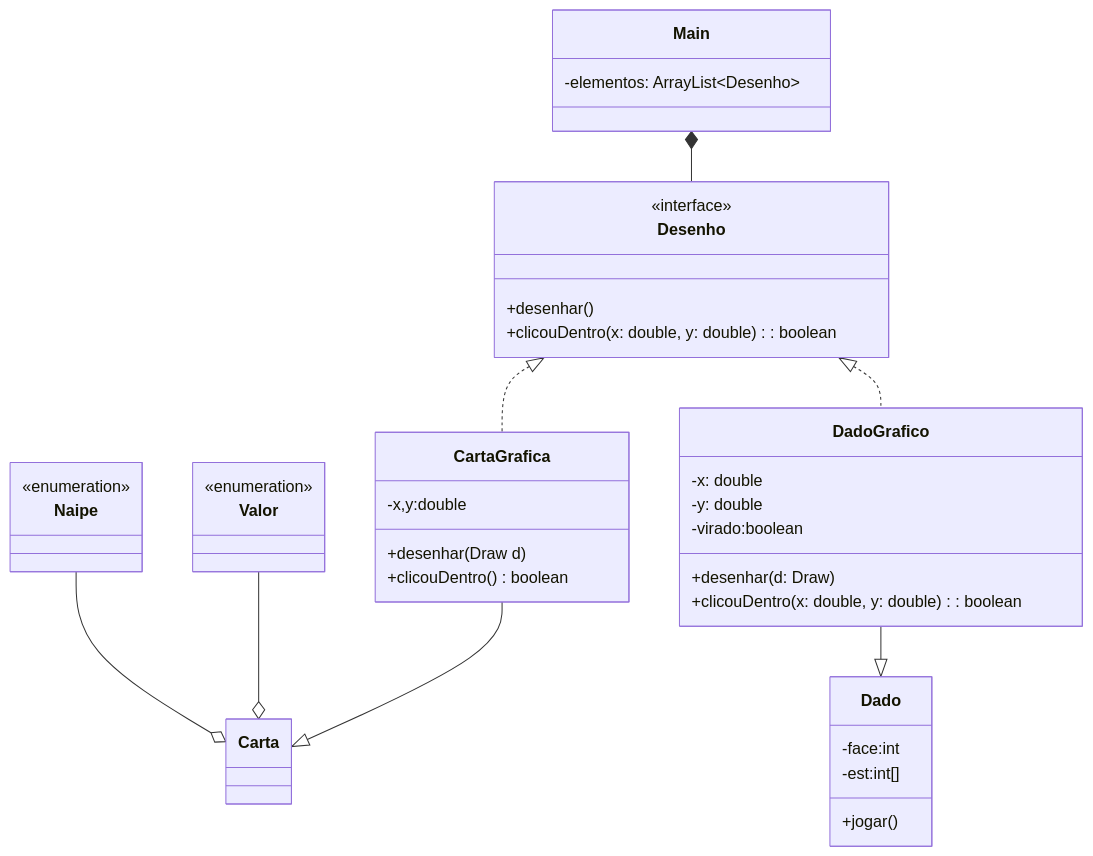
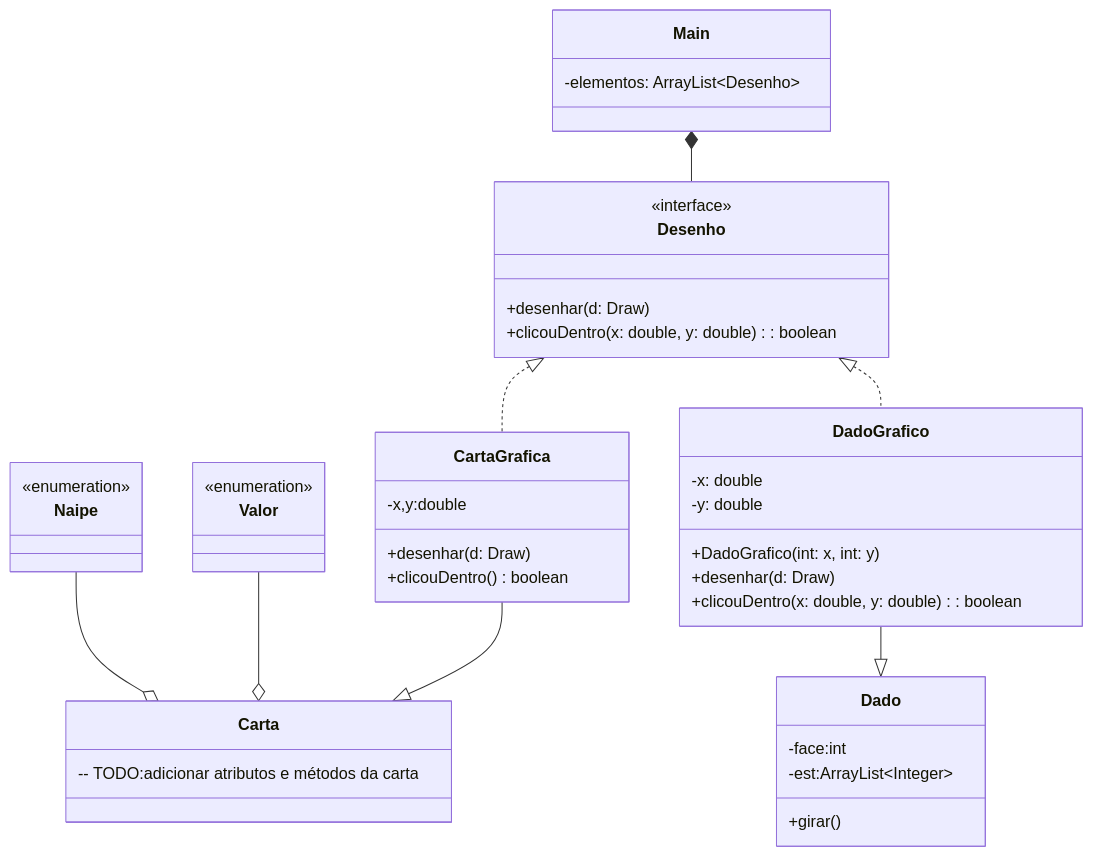
Before and after one commit to kaleu-b/poo: the diagram in lab07/untitled/readme.md, drawn with Mermaid. The commit also changed 1 other file, not shown here.

Commit message:
alterações menores no exercício de cartas e dados

````diff
--- a/lab07/untitled/readme.md
+++ b/lab07/untitled/readme.md
@@ -1,55 +1,56 @@
 ```mermaid
 classDiagram
 direction TB
 
     class Naipe {
         <<enumeration>>
     }
 
     class Valor {
         <<enumeration>>
     }
 
     class Carta {
+        -- TODO:adicionar atributos e métodos da carta
     }
 
     class CartaGrafica {
         -x,y:double
-        +desenhar(Draw d)
+        +desenhar(d: Draw)
         +clicouDentro()boolean
     }
 
     class Main {
         -elementos: ArrayList~Desenho~
     }
 
     class Dado {
         -face:int
-        -est:int[]
-        +jogar()
+        -est:ArrayList~Integer~
+        +girar()
     }
 
     class DadoGrafico {
         -x: double
         -y: double
-        -virado:boolean
+        +DadoGrafico(int: x, int: y)
         +desenhar(d: Draw)
         +clicouDentro(x: double, y: double) : boolean
     }
 
     class Desenho {
         <<interface>>
-        +desenhar()
+        +desenhar(d: Draw)
         +clicouDentro(x: double, y: double) : boolean
     }
 
     Naipe --o Carta
     Valor --o Carta
     CartaGrafica --|> Carta
     DadoGrafico --|> Dado
     Desenho <|.. CartaGrafica
     Desenho <|.. DadoGrafico
     Main *-- Desenho
     
     
 ```
````
